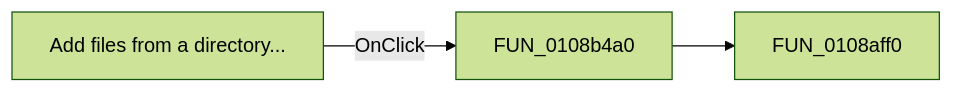
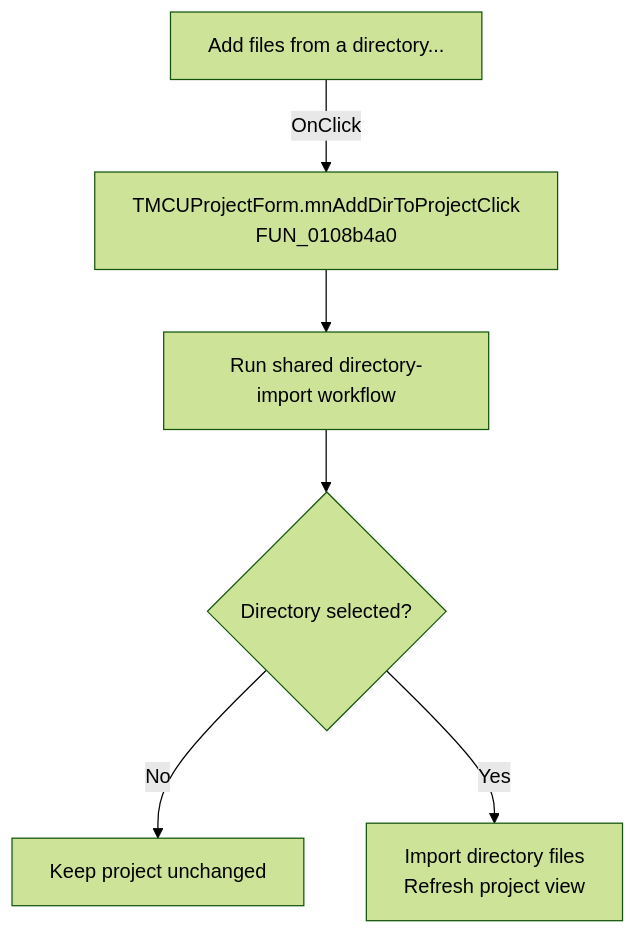
One commit to MovGP0/TIARA changed the diagram in docs/ui-controls/mcuprojectform/mnadddirtoproject-b8c4a71bab.md. Above: the diagram before and after it, drawn with Mermaid (forest theme). The commit also changed other lines of this file and 1062 other files, not shown here.

````diff
--- a/docs/ui-controls/mcuprojectform/mnadddirtoproject-b8c4a71bab.md
+++ b/docs/ui-controls/mcuprojectform/mnadddirtoproject-b8c4a71bab.md
@@ -27,5 +27,8 @@
 ```mermaid
-flowchart LR
-    control["Add files from a directory..."] -->|OnClick| handler["FUN_0108b4a0"]
-    handler --> call1["FUN_0108aff0"]
+flowchart TD
+    control["Add files from a directory..."] -->|OnClick| handler["TMCUProjectForm.mnAddDirToProjectClick<br/>FUN_0108b4a0"]
+    handler --> directory["Run shared directory-import workflow"]
+    directory --> accepted{"Directory selected?"}
+    accepted -->|No| noOp["Keep project unchanged"]
+    accepted -->|Yes| import["Import directory files<br/>Refresh project view"]
 ```
````
